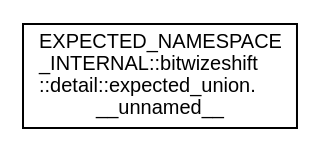
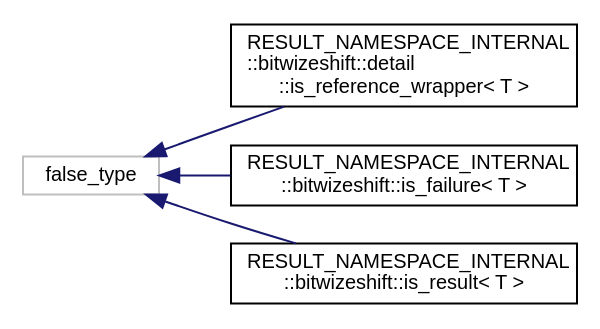
Before and after one commit to bitwizeshift/result: the diagram in api/latest/inherit_graph_10.dot, drawn with Graphviz. The commit also changed 431 other files, not shown here.

```diff
--- a/api/latest/inherit_graph_10.dot
+++ b/api/latest/inherit_graph_10.dot
@@ -1,7 +1,13 @@
 digraph "Graphical Class Hierarchy"
 {
   edge [fontname="Helvetica",fontsize="10",labelfontname="Helvetica",labelfontsize="10"];
   node [fontname="Helvetica",fontsize="10",shape=record];
   rankdir="LR";
-  Node0 [label="EXPECTED_NAMESPACE\l_INTERNAL::bitwizeshift\l::detail::expected_union.\l__unnamed__",height=0.2,width=0.4,color="black", fillcolor="white", style="filled",URL="$df/df9/union_e_x_p_e_c_t_e_d___n_a_m_e_s_p_a_c_e___i_n_t_e_r_n_a_l_1_1bitwizeshift_1_1detail_1_1expected__union_8____unnamed____.html"];
+  Node38 [label="false_type",height=0.2,width=0.4,color="grey75", fillcolor="white", style="filled"];
+  Node38 -> Node0 [dir="back",color="midnightblue",fontsize="10",style="solid",fontname="Helvetica"];
+  Node0 [label="RESULT_NAMESPACE_INTERNAL\l::bitwizeshift::detail\l::is_reference_wrapper\< T \>",height=0.2,width=0.4,color="black", fillcolor="white", style="filled",URL="$d5/d01/struct_r_e_s_u_l_t___n_a_m_e_s_p_a_c_e___i_n_t_e_r_n_a_l_1_1bitwizeshift_1_1detail_1_1is__reference__wrapper.html"];
+  Node38 -> Node40 [dir="back",color="midnightblue",fontsize="10",style="solid",fontname="Helvetica"];
+  Node40 [label="RESULT_NAMESPACE_INTERNAL\l::bitwizeshift::is_failure\< T \>",height=0.2,width=0.4,color="black", fillcolor="white", style="filled",URL="$d1/d42/struct_r_e_s_u_l_t___n_a_m_e_s_p_a_c_e___i_n_t_e_r_n_a_l_1_1bitwizeshift_1_1is__failure.html"];
+  Node38 -> Node41 [dir="back",color="midnightblue",fontsize="10",style="solid",fontname="Helvetica"];
+  Node41 [label="RESULT_NAMESPACE_INTERNAL\l::bitwizeshift::is_result\< T \>",height=0.2,width=0.4,color="black", fillcolor="white", style="filled",URL="$dd/d5e/struct_r_e_s_u_l_t___n_a_m_e_s_p_a_c_e___i_n_t_e_r_n_a_l_1_1bitwizeshift_1_1is__result.html"];
 }
```
